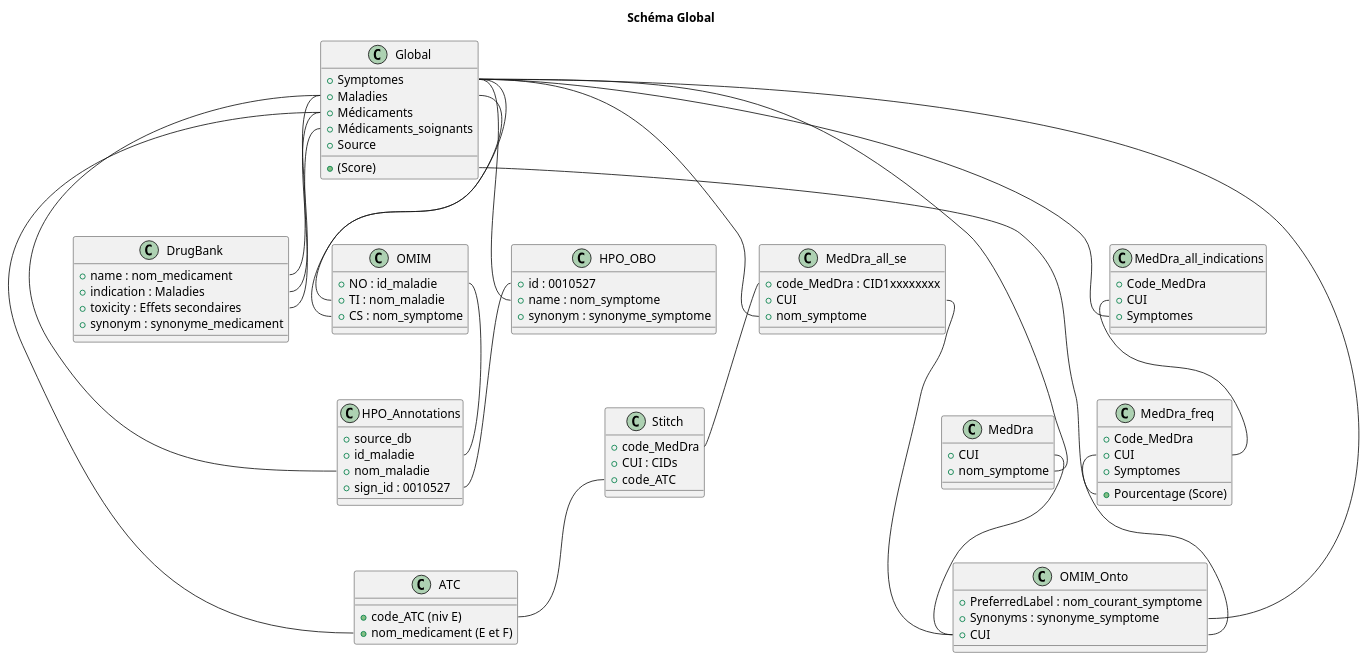
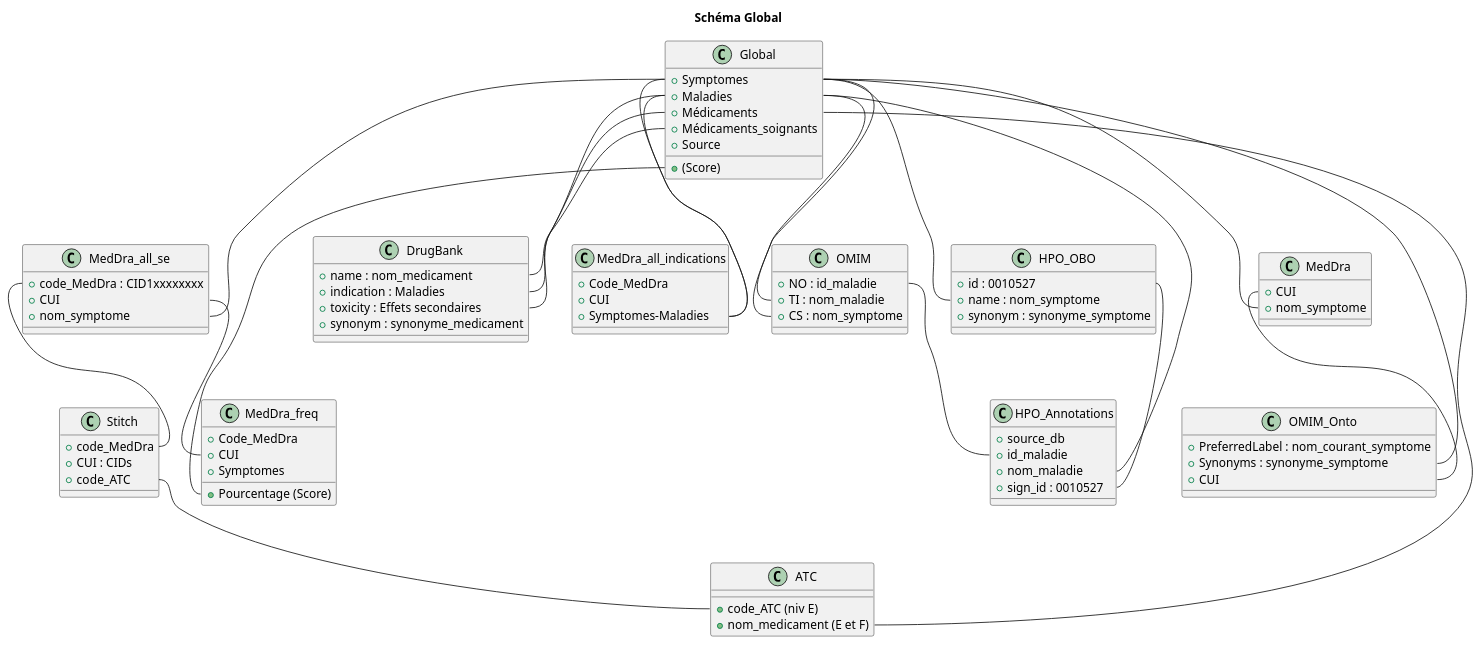
The diagram in SchemaGlobal.puml (cordebar5u/BioDataIntegrator), drawn with PlantUML before and after one commit.

Commit message:
Correction MedDra_all_indications dans le schéma global

```diff
--- a/SchemaGlobal.puml
+++ b/SchemaGlobal.puml
@@ -1,115 +1,113 @@
 @startuml
 skinparam shadowing false
 
 title Schéma Global
 
 
 class Global{
     + Symptomes
     + Maladies
     + Médicaments
     + Médicaments_soignants
     + Source
     + (Score)
 }
 
 class MedDra_all_se {
     + code_MedDra : CID1xxxxxxxx
     + CUI
     + nom_symptome
 }
 
 class Stitch{
     + code_MedDra 
     + CUI : CIDs
     + code_ATC
 }
 
 class ATC{
     + code_ATC (niv E)
     + nom_medicament (E et F)
 }
 
 class HPO_Annotations {
     + source_db
     + id_maladie 
     + nom_maladie
     + sign_id : 0010527
 }
 
 class HPO_OBO{
     + id : 0010527
     + name : nom_symptome
     + synonym : synonyme_symptome
 }
 
 class OMIM_Onto {
     + PreferredLabel : nom_courant_symptome
     + Synonyms : synonyme_symptome
     + CUI
 }
 
 class OMIM{
     + NO : id_maladie
     + TI : nom_maladie
     + CS : nom_symptome 
 }
 
 class MedDra {
     + CUI
     + nom_symptome
 }
 
 class DrugBank {
     + name : nom_medicament
     + indication : Maladies
     + toxicity : Effets secondaires
     + synonym : synonyme_medicament
 }
 
 
 class MedDra_all_indications {
     + Code_MedDra
     + CUI
-    + Symptomes
+    + Symptomes-Maladies
 }
 
 class MedDra_freq{
     + Code_MedDra
     + CUI
     + Pourcentage (Score)
     + Symptomes  
 }
 
 Global::Symptomes -- HPO_OBO::nom_symptome
 Global::Symptomes -- MedDra::nom_symptome
 Global::Symptomes -- OMIM::nom_symptome
 Global::Maladies -- DrugBank::indication
 Global::Médicaments -- DrugBank::toxicity
 Global::Symptomes -- MedDra_all_indications::Symptomes
 Global::Symptomes -- MedDra_all_se::nom_symptome
 
 
 HPO_OBO::id -- HPO_Annotations::sign_id
 HPO_Annotations::nom_maladie -- Global::Maladies
 
 
 MedDra::CUI--OMIM_Onto::CUI
 OMIM_Onto::Synonyms-- Global::Symptomes
 
 OMIM::nom_maladie--Global::Maladies
 OMIM::id_maladie--HPO_Annotations::id_maladie
 
 
 ATC::nom_medicament -- Global::Médicaments
 MedDra_all_se::code_MedDra -- Stitch::code_MedDra
 Stitch::code_ATC-- ATC::code_ATC 
 MedDra_freq::Pourcentage -- Global::Score
-MedDra_all_indications::CUI -- MedDra_freq::CUI
-
-MedDra_freq::CUI -- OMIM_Onto::CUI
-MedDra_all_se::CUI -- OMIM_Onto::CUI
+MedDra_all_se::CUI -- MedDra_freq::CUI
+MedDra_all_indications::Symptomes -- Global::Maladies
 
 
 DrugBank::name -- Global::Médicaments_soignants
 @enduml
```
